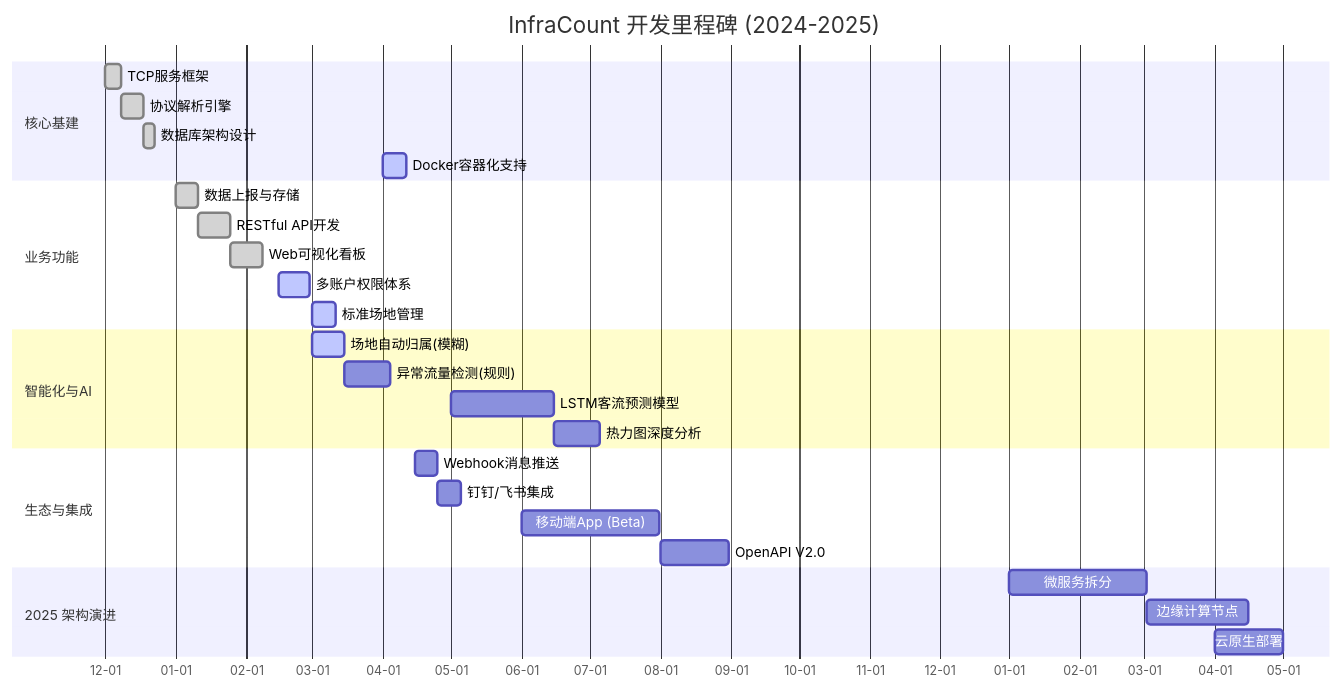
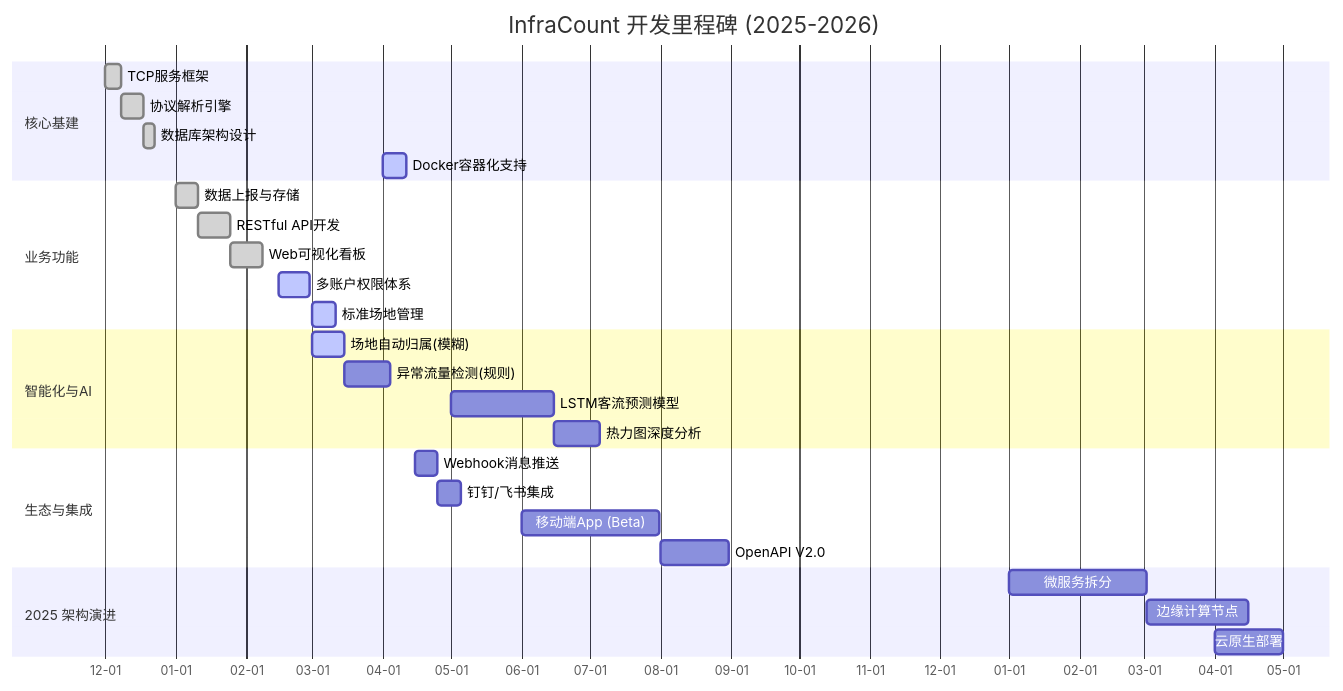
The second of 9 diagrams in README.md (HF-CYGG/InfraCount), drawn with Mermaid before and after one commit.

Commit message:
docs: 更新README中的开发路线图年份
将开发里程碑的年份从2024-2025更新为2025-2026以反映最新计划

````diff
--- a/README.md
+++ b/README.md
@@ -134,41 +134,41 @@
 ```mermaid
 gantt
-    title InfraCount 开发里程碑 (2024-2025)
+    title InfraCount 开发里程碑 (2025-2026)
     dateFormat  YYYY-MM-DD
     axisFormat  %m-%d
     
     %% 定义颜色
     %% classDef planned fill:#b71c1c,stroke:#fff,stroke-width:1px;
     %% classDef active fill:#e65100,stroke:#fff,stroke-width:1px;
     %% classDef done fill:#1b5e20,stroke:#fff,stroke-width:1px;
 
     section 核心基建
     TCP服务框架       :done,    core1, 2023-12-01, 7d
     协议解析引擎       :done,    core2, after core1, 10d
     数据库架构设计     :done,    core3, after core2, 5d
     Docker容器化支持  :active,  core4, 2024-04-01, 10d
 
     section 业务功能
     数据上报与存储     :done,    biz1,  2024-01-01, 10d
     RESTful API开发   :done,    biz2,  after biz1, 14d
     Web可视化看板      :done,    biz3,  after biz2, 14d
     多账户权限体系     :active,  biz4,  2024-02-15, 14d
     标准场地管理       :active,  biz5,  2024-03-01, 10d
 
     section 智能化与AI
     场地自动归属(模糊) :active,  ai1,   2024-03-01, 14d
     异常流量检测(规则) :         ai2,   after ai1, 20d
     LSTM客流预测模型   :         ai3,   2024-05-01, 45d
     热力图深度分析     :         ai4,   after ai3, 20d
 
     section 生态与集成
     Webhook消息推送    :         eco1,  2024-04-15, 10d
     钉钉/飞书集成      :         eco2,  after eco1, 10d
     移动端App (Beta)   :         eco3,  2024-06-01, 60d
     OpenAPI V2.0      :         eco4,  2024-08-01, 30d
 
     section 2025 架构演进
     微服务拆分        :         arch1, 2025-01-01, 60d
     边缘计算节点      :         arch2, after arch1, 45d
     云原生部署        :         arch3, 2025-04-01, 30d
 ```
````
